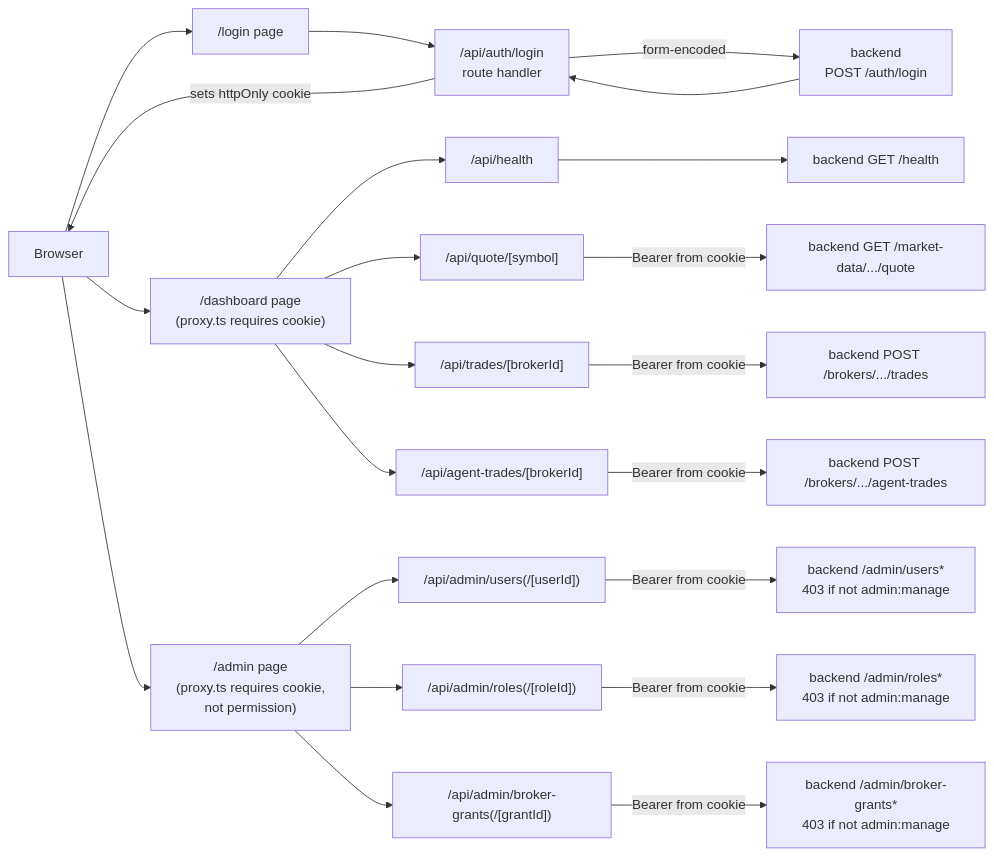
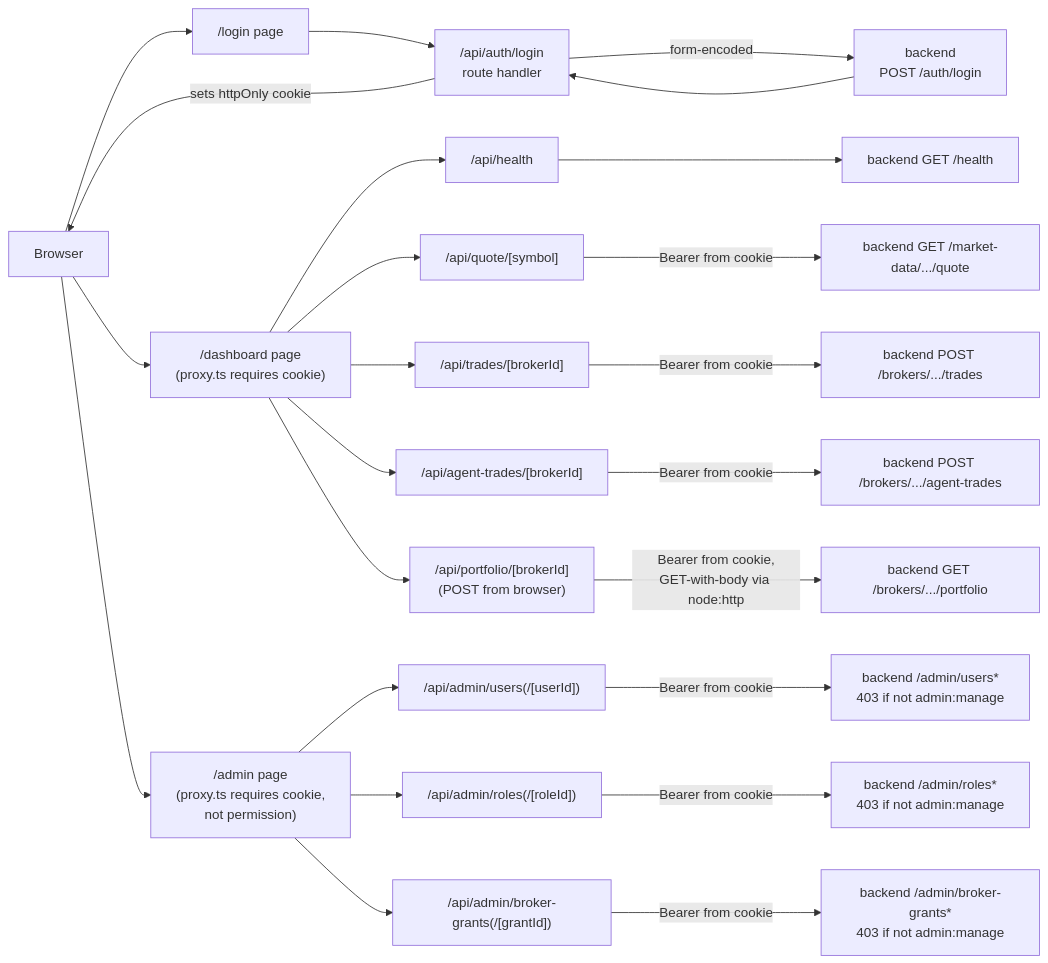
One commit to Freedomwelathlab/Trading-Agents changed the third of 3 diagrams in docs/ARCHITECTURE.md. Above: the diagram before and after it, drawn with Mermaid. The commit also changed other lines of this file and 10 other files, not shown here.

````diff
--- a/docs/ARCHITECTURE.md
+++ b/docs/ARCHITECTURE.md
@@ -171,26 +171,28 @@
 ```mermaid
 flowchart LR
     browser[Browser] --> loginpage["/login page"]
     loginpage --> loginroute["/api/auth/login\nroute handler"]
     loginroute -->|form-encoded| backendlogin["backend\nPOST /auth/login"]
     backendlogin --> loginroute
     loginroute -->|sets httpOnly cookie| browser
 
     browser --> dashpage["/dashboard page\n(proxy.ts requires cookie)"]
     dashpage --> healthroute["/api/health"]
     dashpage --> quoteroute["/api/quote/[symbol]"]
     dashpage --> traderoute["/api/trades/[brokerId]"]
     dashpage --> agentroute["/api/agent-trades/[brokerId]"]
+    dashpage --> portfolioroute["/api/portfolio/[brokerId]\n(POST from browser)"]
     healthroute --> backendhealth["backend GET /health"]
     quoteroute -->|Bearer from cookie| backendquote["backend GET /market-data/.../quote"]
     traderoute -->|Bearer from cookie| backendtrade["backend POST /brokers/.../trades"]
     agentroute -->|Bearer from cookie| backendagent["backend POST /brokers/.../agent-trades"]
+    portfolioroute -->|Bearer from cookie,\nGET-with-body via node:http| backendportfolio["backend GET /brokers/.../portfolio"]
 
     browser --> adminpage["/admin page\n(proxy.ts requires cookie,\nnot permission)"]
     adminpage --> usersroute["/api/admin/users(/[userId])"]
     adminpage --> rolesroute["/api/admin/roles(/[roleId])"]
     adminpage --> grantsroute["/api/admin/broker-grants(/[grantId])"]
     usersroute -->|Bearer from cookie| backendusers["backend /admin/users*\n403 if not admin:manage"]
     rolesroute -->|Bearer from cookie| backendroles["backend /admin/roles*\n403 if not admin:manage"]
     grantsroute -->|Bearer from cookie| backendgrants["backend /admin/broker-grants*\n403 if not admin:manage"]
 ```
````
